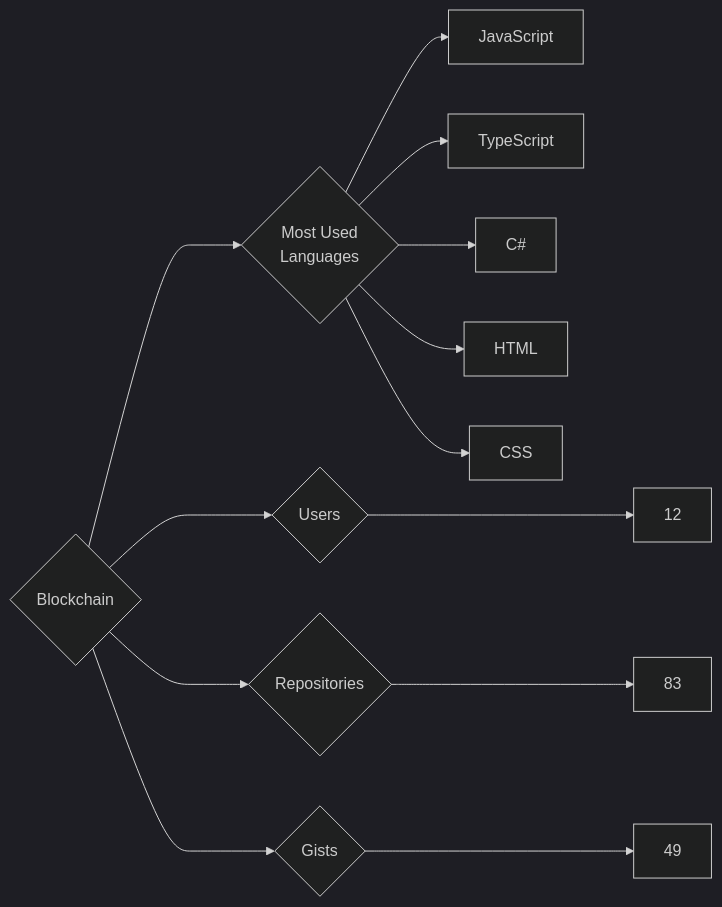
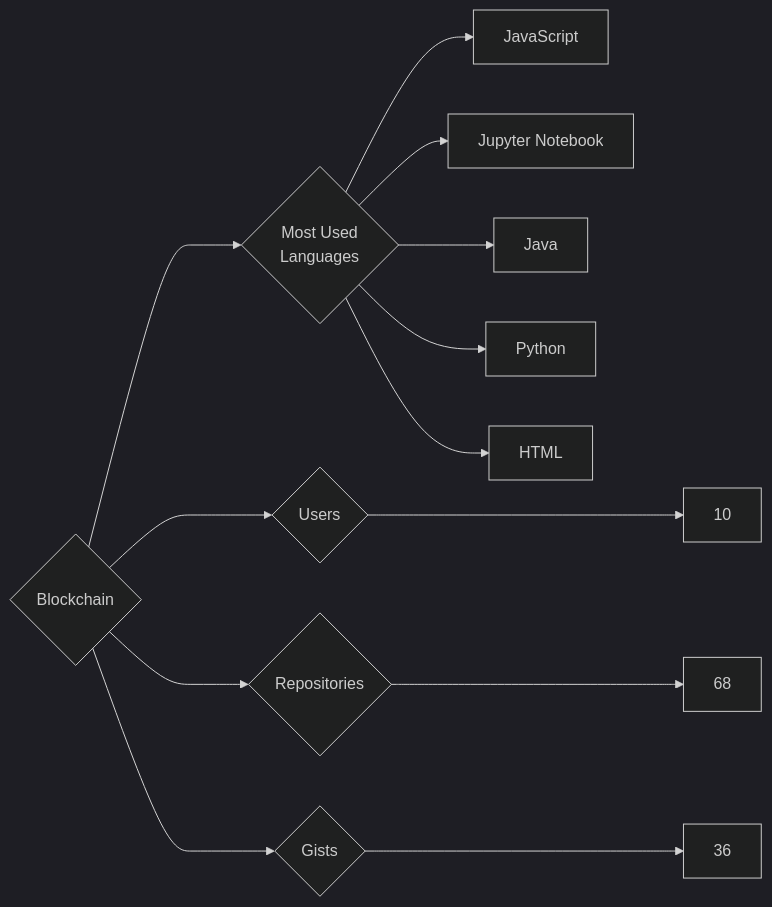
Before and after one commit to trickest/insiders: the diagram in targets/Blockchain/README.md, drawn with Mermaid (dark theme). The commit also changed 916 other files, not shown here.

````diff
--- a/targets/Blockchain/README.md
+++ b/targets/Blockchain/README.md
@@ -3,13 +3,13 @@
 ```mermaid
 graph LR
 COMPANY_NAME{Blockchain}
-COMPANY_NAME ---> U{Users} ---> UN[12]
-COMPANY_NAME ---> R{Repositories} ---> RN[83]
-COMPANY_NAME ---> G{Gists} ---> GN[49]
+COMPANY_NAME ---> U{Users} ---> UN[10]
+COMPANY_NAME ---> R{Repositories} ---> RN[68]
+COMPANY_NAME ---> G{Gists} ---> GN[36]
 COMPANY_NAME ---> ML{Most Used<br>Languages}
 ML --> JavaScript[JavaScript]
-ML --> TypeScript[TypeScript]
-ML --> C#[C#]
+ML --> Jupyter_Notebook[Jupyter Notebook]
+ML --> Java[Java]
+ML --> Python[Python]
 ML --> HTML[HTML]
-ML --> CSS[CSS]
 ```
````
